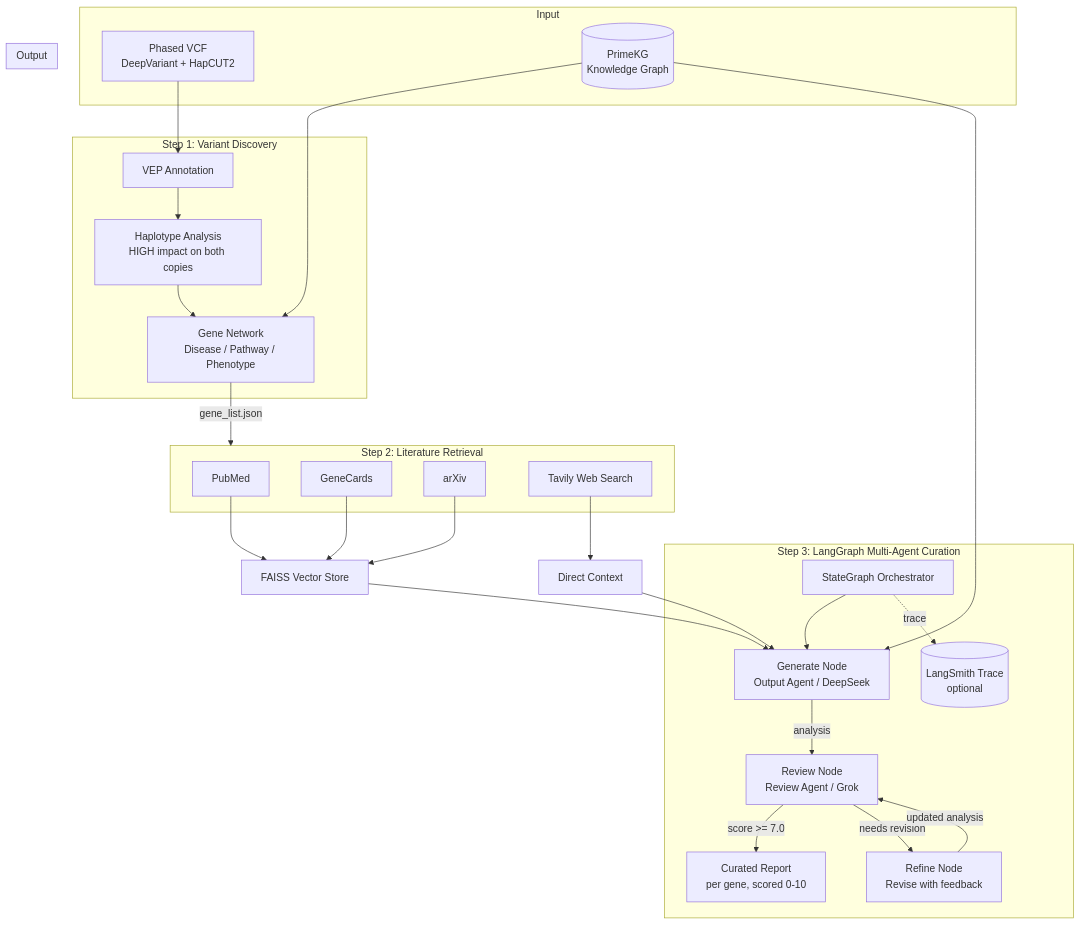
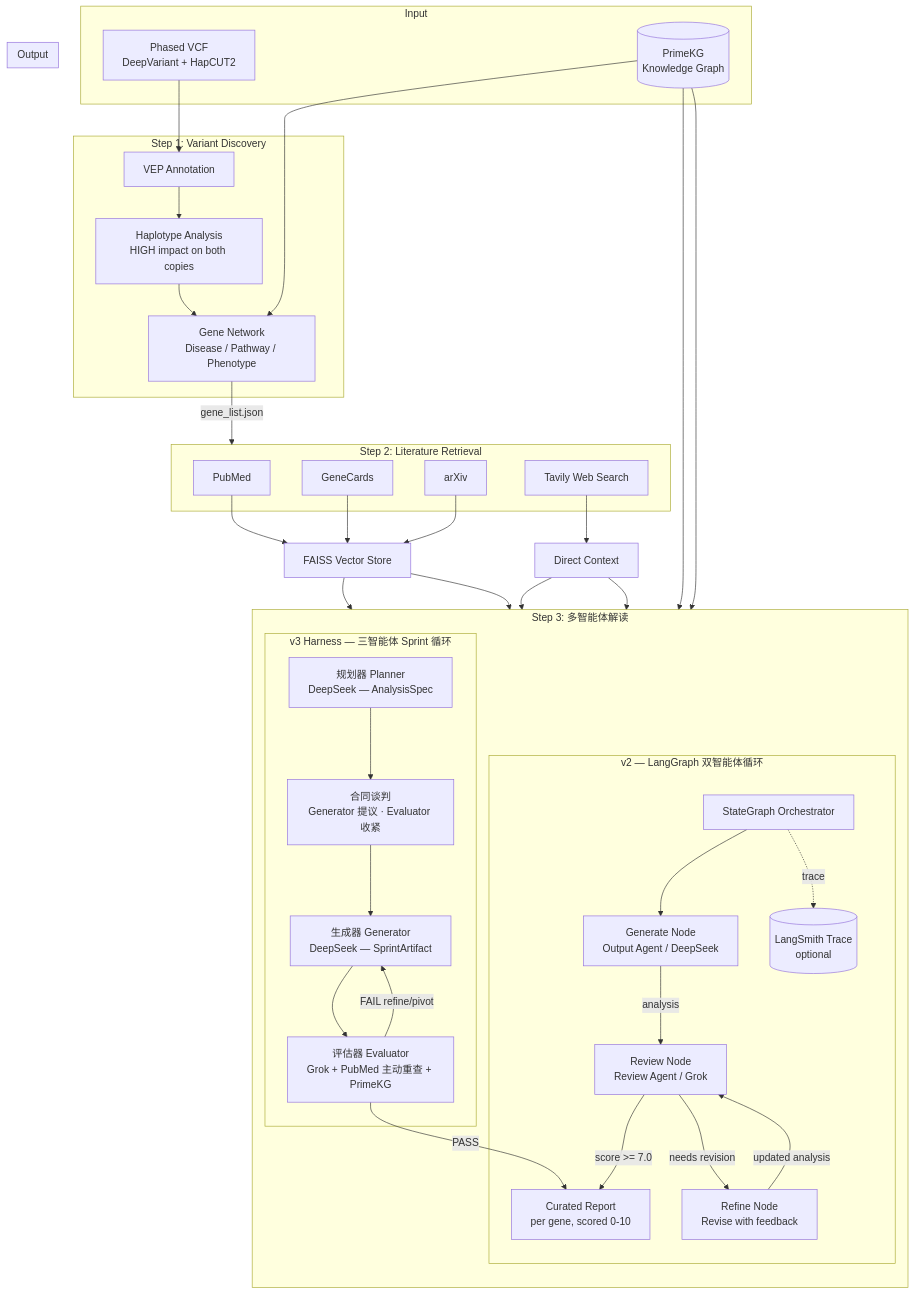
Before and after one commit to arcadianlyric/PhasedVariants_AgenticCurator: the diagram in README_CN.md, drawn with Mermaid. The commit also changed other lines of this file and 8 other files, not shown here.

First line of the commit message:
add three-agent harness (Planner → Generator → Evaluator)

````diff
--- a/README_CN.md
+++ b/README_CN.md
@@ -19,46 +19,62 @@
 ```mermaid
 flowchart TD
     subgraph Input
         VCF[Phased VCF<br/>DeepVariant + HapCUT2]
         KG[(PrimeKG<br/>Knowledge Graph)]
     end
 
     subgraph Step1[Step 1: Variant Discovery]
         VEP[VEP Annotation]
         HAP[Haplotype Analysis<br/>HIGH impact on both copies]
         NET[Gene Network<br/>Disease / Pathway / Phenotype]
     end
 
     subgraph Step2[Step 2: Literature Retrieval]
         PM[PubMed]
         GC[GeneCards]
         AX[arXiv]
         TV[Tavily Web Search]
     end
 
-    subgraph Step3[Step 3: LangGraph Multi-Agent Curation]
-        SG[StateGraph Orchestrator]
-        OA[Generate Node<br/>Output Agent / DeepSeek]
-        RA[Review Node<br/>Review Agent / Grok]
-        RF[Refine Node<br/>Revise with feedback]
-        LS[(LangSmith Trace<br/>optional)]
-        SG --> OA
-        OA -->|analysis| RA
-        RA -->|score >= 7.0| RPT
-        RA -->|needs revision| RF
-        RF -->|updated analysis| RA
-        SG -. trace .-> LS
+    subgraph Step3[Step 3: 多智能体解读]
+        direction TB
+
+        subgraph v2[v2 — LangGraph 双智能体循环]
+            SG[StateGraph Orchestrator]
+            OA[Generate Node<br/>Output Agent / DeepSeek]
+            RA[Review Node<br/>Review Agent / Grok]
+            RF[Refine Node<br/>Revise with feedback]
+            LS[(LangSmith Trace<br/>optional)]
+            SG --> OA
+            OA -->|analysis| RA
+            RA -->|score >= 7.0| RPT
+            RA -->|needs revision| RF
+            RF -->|updated analysis| RA
+            SG -. trace .-> LS
+        end
+
+        subgraph v3[v3 Harness — 三智能体 Sprint 循环]
+            PL[规划器 Planner<br/>DeepSeek — AnalysisSpec]
+            CN[合同谈判<br/>Generator 提议 · Evaluator 收紧]
+            GN[生成器 Generator<br/>DeepSeek — SprintArtifact]
+            EV[评估器 Evaluator<br/>Grok + PubMed 主动重查 + PrimeKG]
+            PL --> CN --> GN --> EV
+            EV -->|PASS| RPT
+            EV -->|FAIL refine/pivot| GN
+        end
     end
 
     subgraph Output
         RPT[Curated Report<br/>per gene, scored 0-10]
     end
 
     VCF --> VEP --> HAP --> NET
     KG --> NET
     NET -->|gene_list.json| Step2
     PM & GC & AX --> FAISS[FAISS Vector Store]
     TV --> DirectCtx[Direct Context]
     FAISS & DirectCtx --> OA
+    FAISS & DirectCtx --> GN
     KG --> OA
+    KG --> GN
 ```
````
